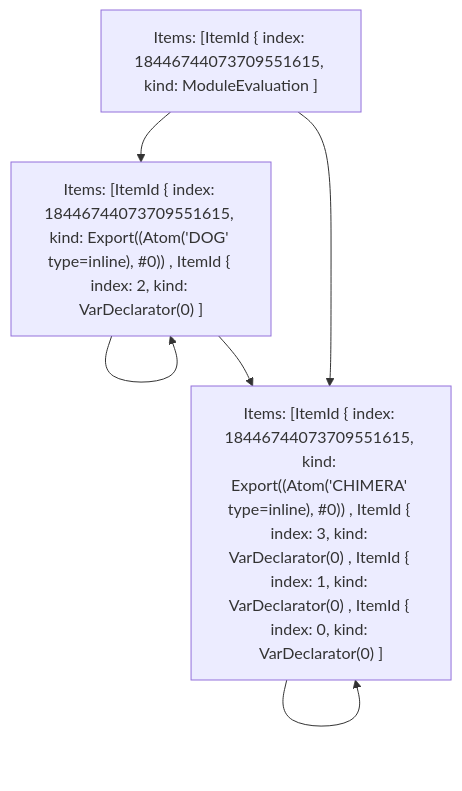
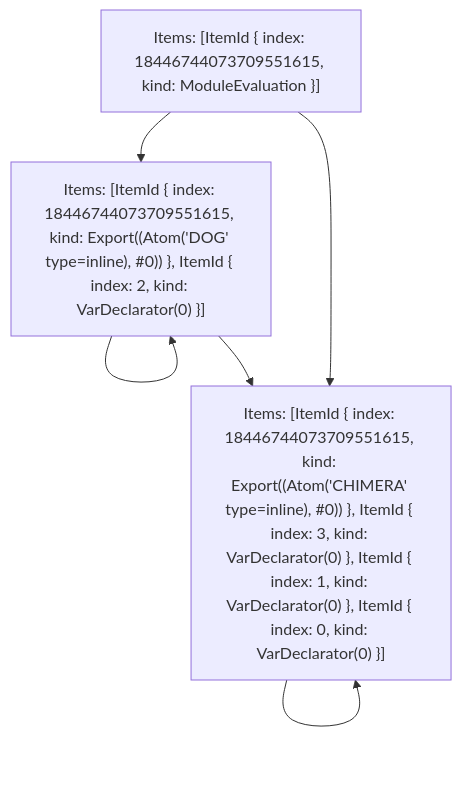
The fifth of 5 diagrams in crates/turbopack-ecmascript/tests/tree-shaker/analyzer/simple/output.md (vercel/turborepo), drawn with Mermaid before and after one commit. The commit also changed 2 other files, not shown here.

Commit message:
Update test refs

````diff
--- a/crates/turbopack-ecmascript/tests/tree-shaker/analyzer/simple/output.md
+++ b/crates/turbopack-ecmascript/tests/tree-shaker/analyzer/simple/output.md
@@ -124,11 +124,11 @@
 ```mermaid
 graph TD
-    N0["Items: [ItemId { index: 18446744073709551615, kind: ModuleEvaluation ]"];
-    N1["Items: [ItemId { index: 18446744073709551615, kind: Export((Atom('DOG' type=inline), #0)) , ItemId { index: 2, kind: VarDeclarator(0) ]"];
-    N2["Items: [ItemId { index: 18446744073709551615, kind: Export((Atom('CHIMERA' type=inline), #0)) , ItemId { index: 3, kind: VarDeclarator(0) , ItemId { index: 1, kind: VarDeclarator(0) , ItemId { index: 0, kind: VarDeclarator(0) ]"];
+    N0["Items: [ItemId { index: 18446744073709551615, kind: ModuleEvaluation }]"];
+    N1["Items: [ItemId { index: 18446744073709551615, kind: Export((Atom('DOG' type=inline), #0)) }, ItemId { index: 2, kind: VarDeclarator(0) }]"];
+    N2["Items: [ItemId { index: 18446744073709551615, kind: Export((Atom('CHIMERA' type=inline), #0)) }, ItemId { index: 3, kind: VarDeclarator(0) }, ItemId { index: 1, kind: VarDeclarator(0) }, ItemId { index: 0, kind: VarDeclarator(0) }]"];
     N0 --> N2;
     N0 --> N1;
     N1 --> N1;
     N1 --> N2;
     N2 --> N2;
 ```
````
